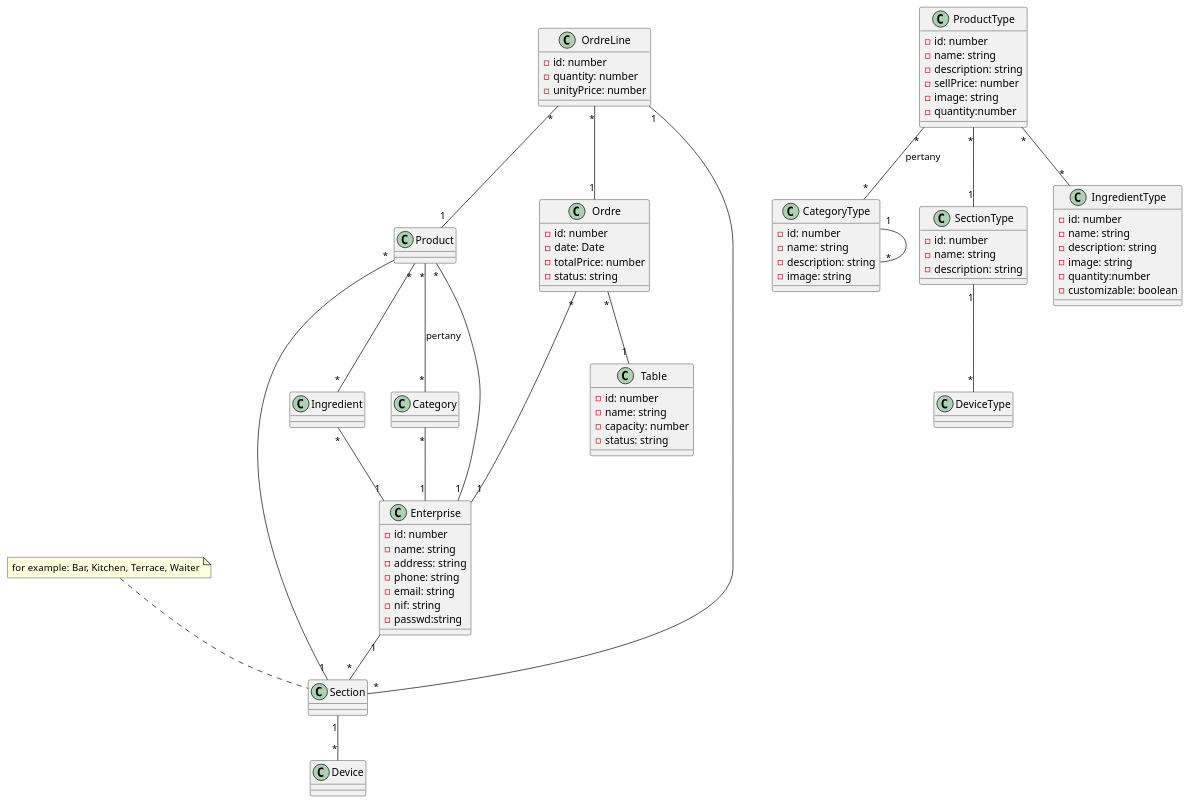
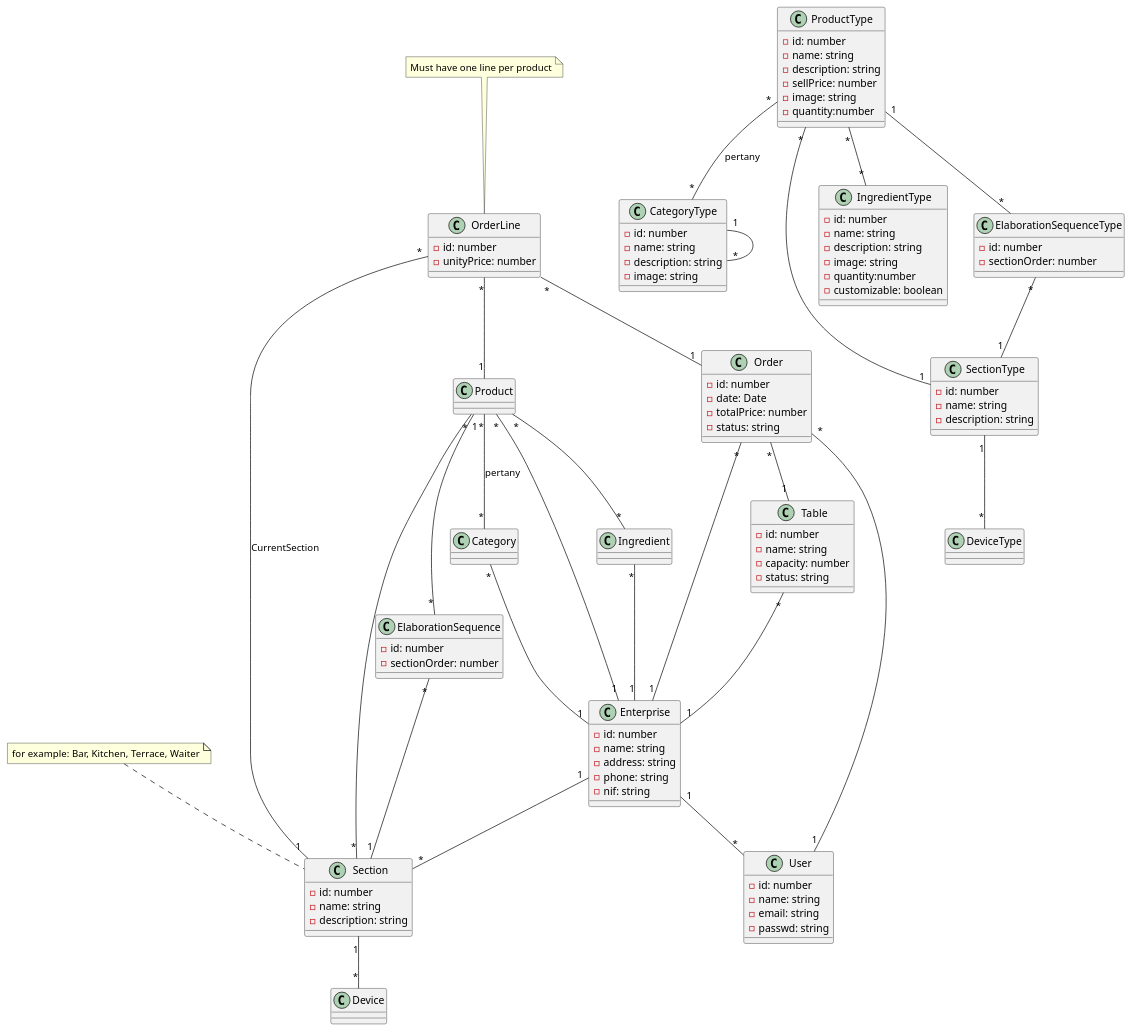
The diagram in documentacio/diagramaClasses.puml (quiquealonso/barAssistant), drawn with PlantUML before and after one commit. The commit also changed 43 other files, not shown here.

```diff
--- a/documentacio/diagramaClasses.puml
+++ b/documentacio/diagramaClasses.puml
@@ -2,104 +2,130 @@
 @startuml barAssistant
 class Product{
 
 }
-class CategoryType{
+class CategoryType {
     - id: number
     - name: string
     - description: string
     - image: string
 }
+
 class Category{
 
 }
 class Enterprise{
     - id: number
     - name: string
     - address: string
     - phone: string
-    - email: string
     - nif: string
-    - passwd:string
 
 }
 class ProductType{
-
 
 }
 class Ingredient{
 
 }
 class SectionType{
     - id: number
     - name: string
     - description: string
 }
 class DeviceType{
 
 }
 class Device{
 
 }
+class User {
+  - id: number
+  - name: string
+  - email: string
+  - passwd: string
+}
 class Section {
+  - id: number
+  - name: string
+  - description: string
 
 }
 Note top of Section
     for example: Bar, Kitchen, Terrace, Waiter
 end note
-class Ordre{
+
+class Order{
     - id: number
     - date: Date
     - totalPrice: number
     - status: string
 }
 class Table{
     - id: number
     - name: string
     - capacity: number
     - status: string
 }
-class OrdreLine{
+
+class OrderLine{
     - id: number
-    - quantity: number
     - unityPrice: number
 }
+Note top of OrderLine
+    Must have one line per product
+end note
 class IngredientType{
     - id: number
     - name: string
     - description: string
     - image: string
     - quantity:number
     - customizable: boolean
-
+}
+Class ElaborationSequenceType{
+    - id: number
+    - sectionOrder: number
+}
+Class ElaborationSequence{
+    - id: number
+    - sectionOrder: number
 }
 Class ProductType{
     - id: number
     - name: string
     - description: string
     - sellPrice: number
     - image: string
     - quantity:number
 }
-CategoryType "1"--"*" CategoryType
-OrdreLine "1"--"*" Section
+ProductType "1"--"*" ElaborationSequenceType
+Product "1"--"*" ElaborationSequence
+ElaborationSequenceType "*" -- "1" SectionType
+ElaborationSequence "*" -- "1" Section
+Table "*" -- "1" Enterprise
+Product "*"--"*" Section
 Section "1"--"*" Device
 SectionType "1"--"*" DeviceType
 ProductType "*" -- "1" SectionType
 Product "*" -- "1" Enterprise
-Product "*" -- "1" Section
-Ordre "*" -- "1" Table
-Ordre "*" -- "1" Enterprise
-OrdreLine "*" -- "1" Ordre
-OrdreLine "*" -- "1" Product
 
+
+Order "*" -- "1" Table
+Order "*" -- "1" User
+Order "*" -- "1" Enterprise
+OrderLine "*" -- "1" Order
+OrderLine "*" -- "1" Product
+OrderLine "*" -- "1" Section :CurrentSection
+Enterprise "1" -- "*" Section
+Enterprise "1" -- "*" User
+
+CategoryType "1"--"*" CategoryType
 ProductType "*"--"*" IngredientType
 Product "*" -- "*"  Ingredient
 Product "*" -- "*" Category : pertany
 ProductType "*" -- "*" CategoryType : pertany
-Enterprise "1" -- "*" Section
 
 Category "*" -- "1" Enterprise
 Ingredient "*" -- "1" Enterprise
 
-
 @enduml
```
